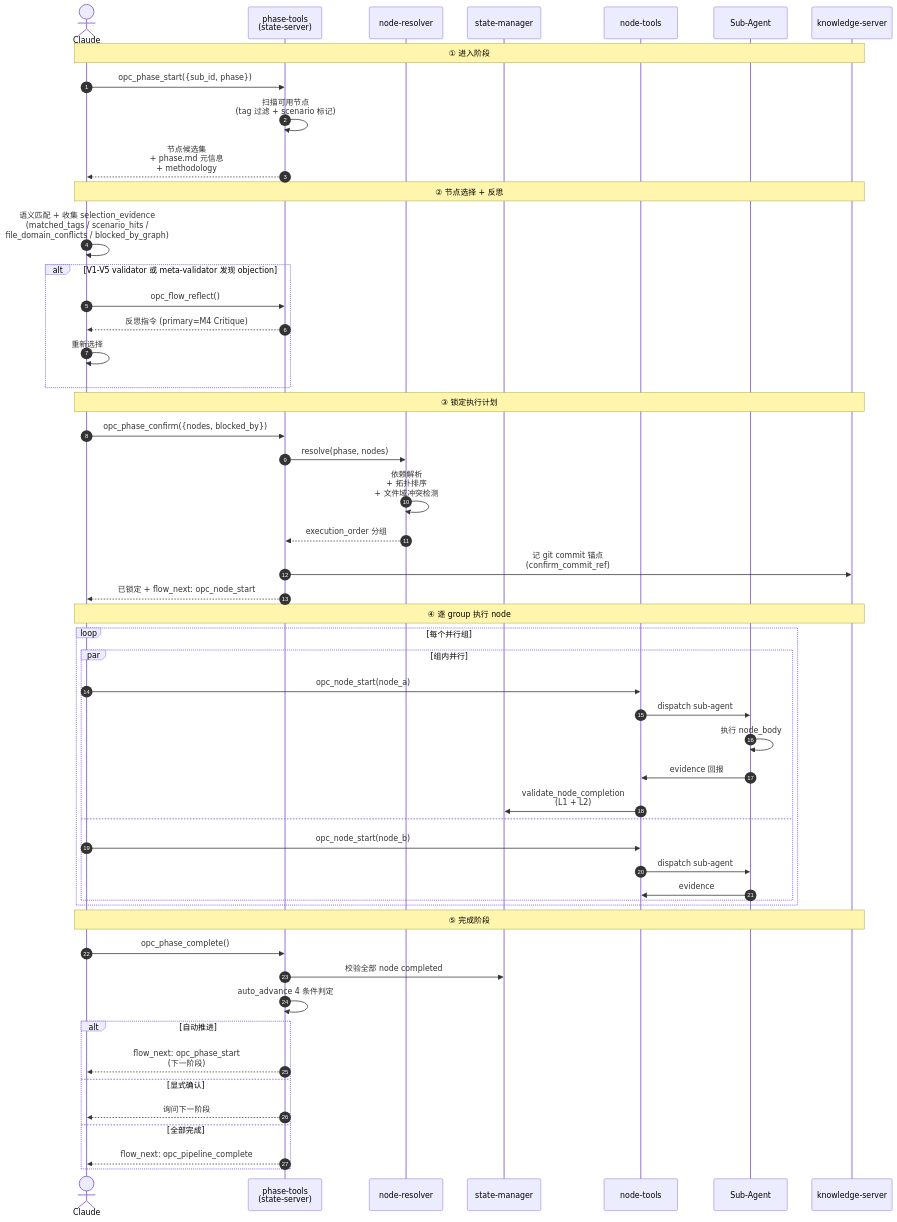
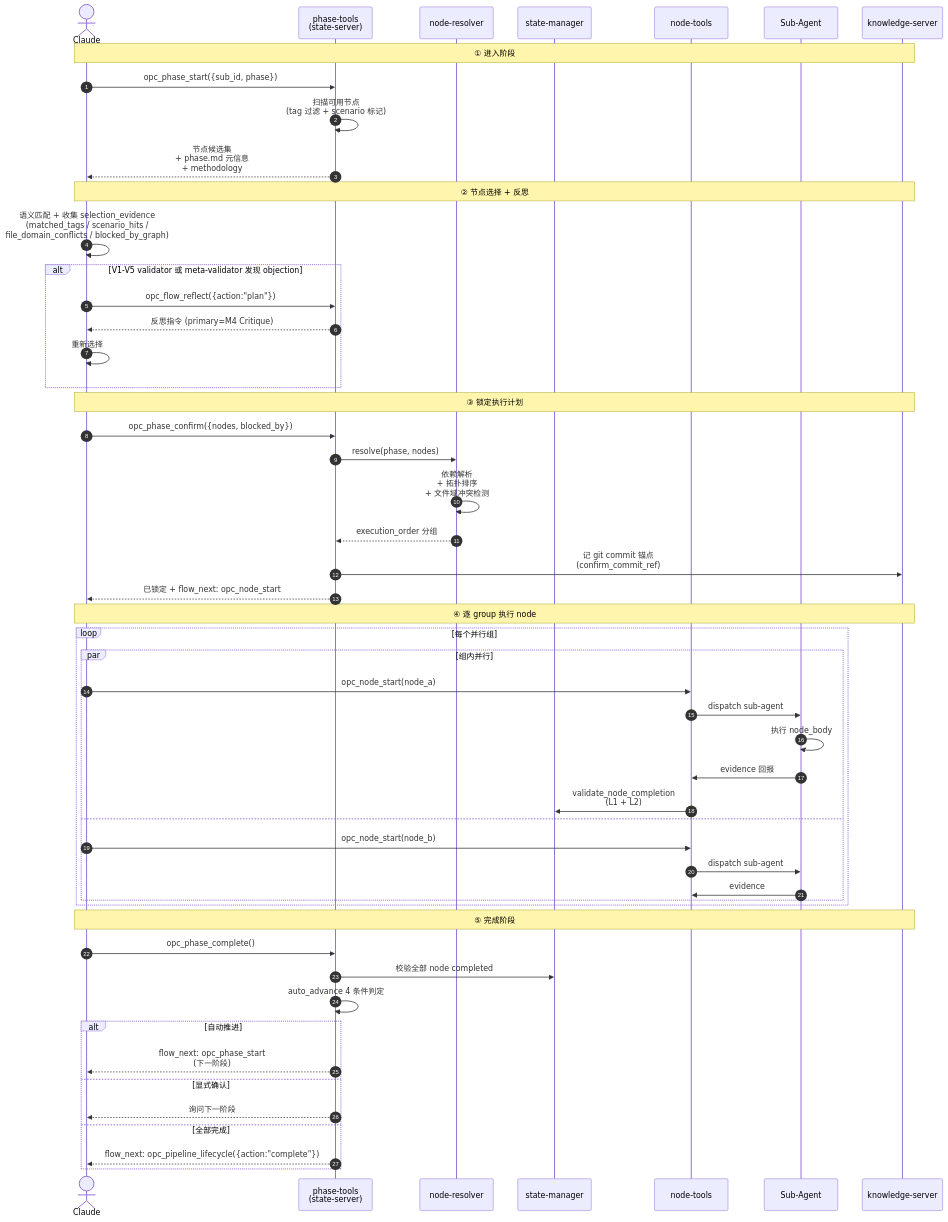
The first of 2 diagrams in doc/feature/02-opc-state-server/03-phase/00_overview.md (CaffeineOddity/opc-marketplace), drawn with Mermaid before and after one commit. The commit also changed other lines of this file and 19 other files, not shown here.

````diff
--- a/doc/feature/02-opc-state-server/03-phase/00_overview.md
+++ b/doc/feature/02-opc-state-server/03-phase/00_overview.md
@@ -13,60 +13,60 @@
 ```mermaid
 sequenceDiagram
     autonumber
     actor C as Claude
     participant PH as phase-tools<br/>(state-server)
     participant NR as node-resolver
     participant SM as state-manager
     participant ND as node-tools
     participant A as Sub-Agent
     participant K as knowledge-server
 
     Note over C,K: ① 进入阶段
     C->>PH: opc_phase_start({sub_id, phase})
     PH->>PH: 扫描可用节点<br/>(tag 过滤 + scenario 标记)
     PH-->>C: 节点候选集<br/>+ phase.md 元信息<br/>+ methodology
 
     Note over C,K: ② 节点选择 + 反思
     C->>C: 语义匹配 + 收集 selection_evidence<br/>(matched_tags / scenario_hits /<br/>file_domain_conflicts / blocked_by_graph)
     alt V1-V5 validator 或 meta-validator 发现 objection
-        C->>PH: opc_flow_reflect()
+        C->>PH: opc_flow_reflect({action:"plan"})
         PH-->>C: 反思指令 (primary=M4 Critique)
         C->>C: 重新选择
     end
 
     Note over C,K: ③ 锁定执行计划
     C->>PH: opc_phase_confirm({nodes, blocked_by})
     PH->>NR: resolve(phase, nodes)
     NR->>NR: 依赖解析<br/>+ 拓扑排序<br/>+ 文件域冲突检测
     NR-->>PH: execution_order 分组
     PH->>K: 记 git commit 锚点<br/>(confirm_commit_ref)
     PH-->>C: 已锁定 + flow_next: opc_node_start
 
     Note over C,K: ④ 逐 group 执行 node
     loop 每个并行组
         par 组内并行
             C->>ND: opc_node_start(node_a)
             ND->>A: dispatch sub-agent
             A->>A: 执行 node_body
             A->>ND: evidence 回报
             ND->>SM: validate_node_completion<br/>(L1 + L2)
         and
             C->>ND: opc_node_start(node_b)
             ND->>A: dispatch sub-agent
             A->>ND: evidence
         end
     end
 
     Note over C,K: ⑤ 完成阶段
     C->>PH: opc_phase_complete()
     PH->>SM: 校验全部 node completed
     PH->>PH: auto_advance 4 条件判定
 
     alt 自动推进
         PH-->>C: flow_next: opc_phase_start<br/>(下一阶段)
     else 显式确认
         PH-->>C: 询问下一阶段
     else 全部完成
-        PH-->>C: flow_next: opc_pipeline_complete
+        PH-->>C: flow_next: opc_pipeline_lifecycle({action:"complete"})
     end
 ```
````
